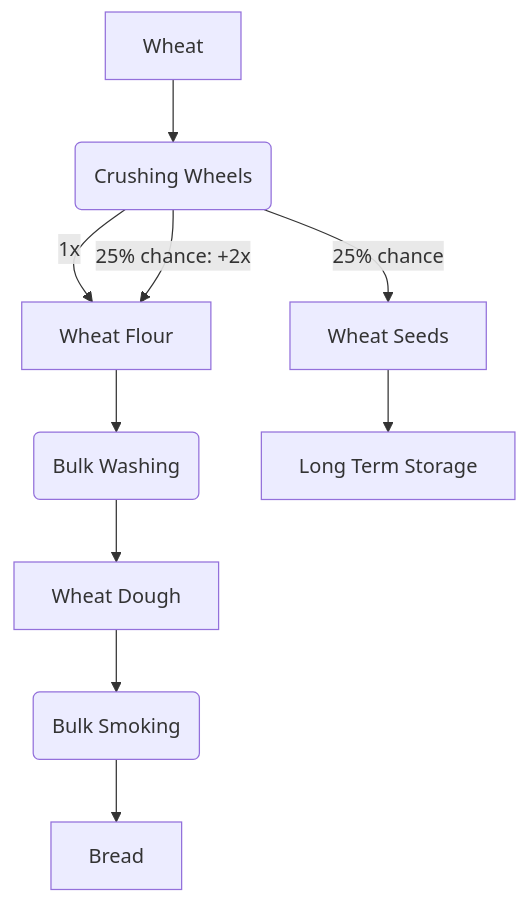
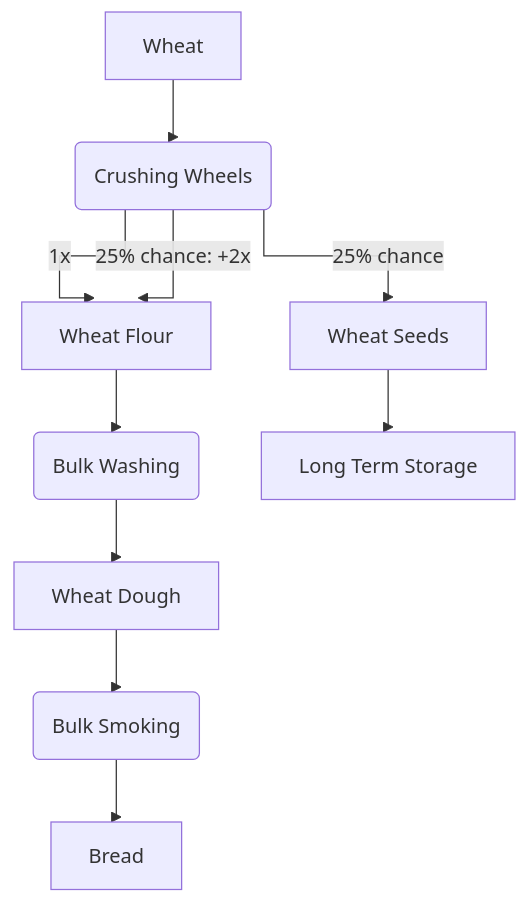
Before and after one commit to AltriusRS/create-docs-2: the diagram in content/Recipes/Bread.md, drawn with Mermaid. The commit also changed 1 other file, not shown here.

Commit message:
update graphs

````diff
--- a/content/Recipes/Bread.md
+++ b/content/Recipes/Bread.md
@@ -24,23 +24,28 @@
 ```mermaid
+---
+config:
+  flowchart:
+    curve: stepBefore
+---
 flowchart TD
     Wheat[Wheat]
     Crush(Crushing Wheels)
     Flour[Wheat Flour]
     Seeds[Wheat Seeds]
     Wash(Bulk Washing)
     Dough[Wheat Dough]
     Storage[Long Term Storage]
     Smoke(Bulk Smoking)
     Bread[Bread]
 
     Wheat --> Crush
     Crush -->|1x| Flour
     Crush -->|25% chance: +2x| Flour
     Crush -->|25% chance| Seeds
     Seeds --> Storage
     Flour --> Wash
     Wash --> Dough
     Dough --> Smoke
     Smoke --> Bread
 
 ```
````
